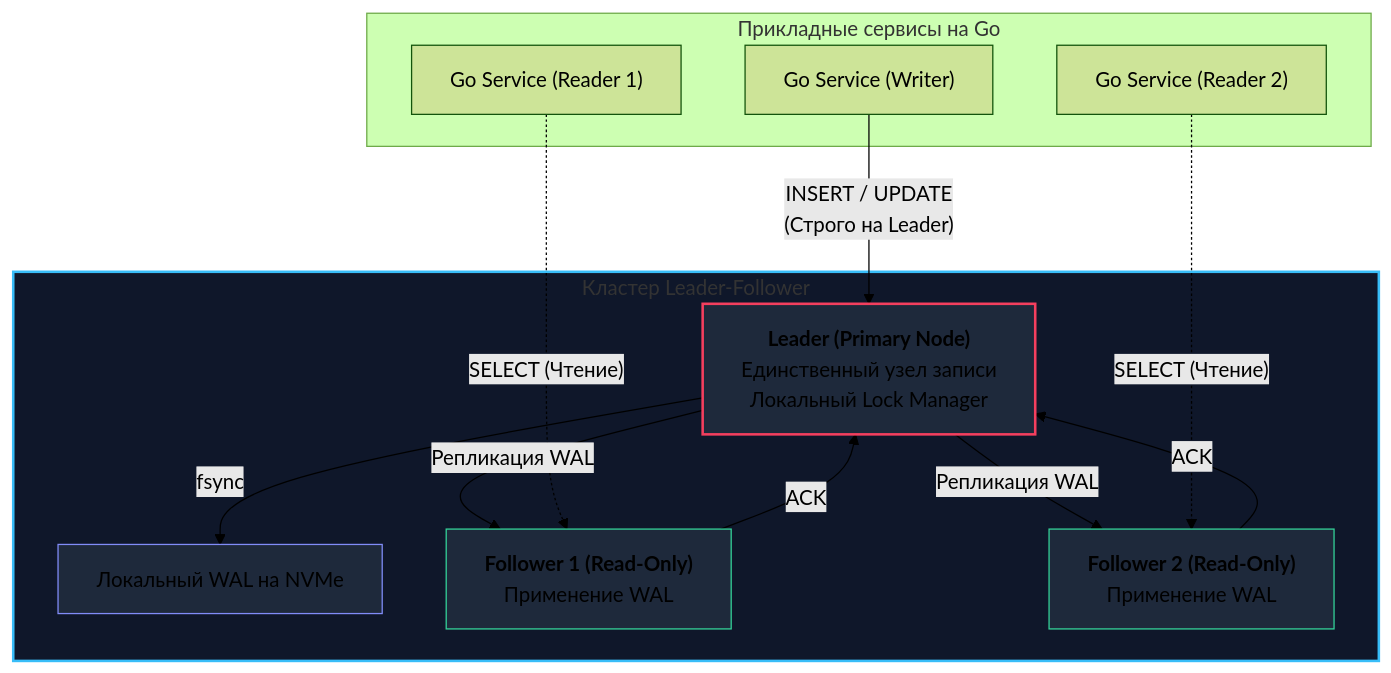
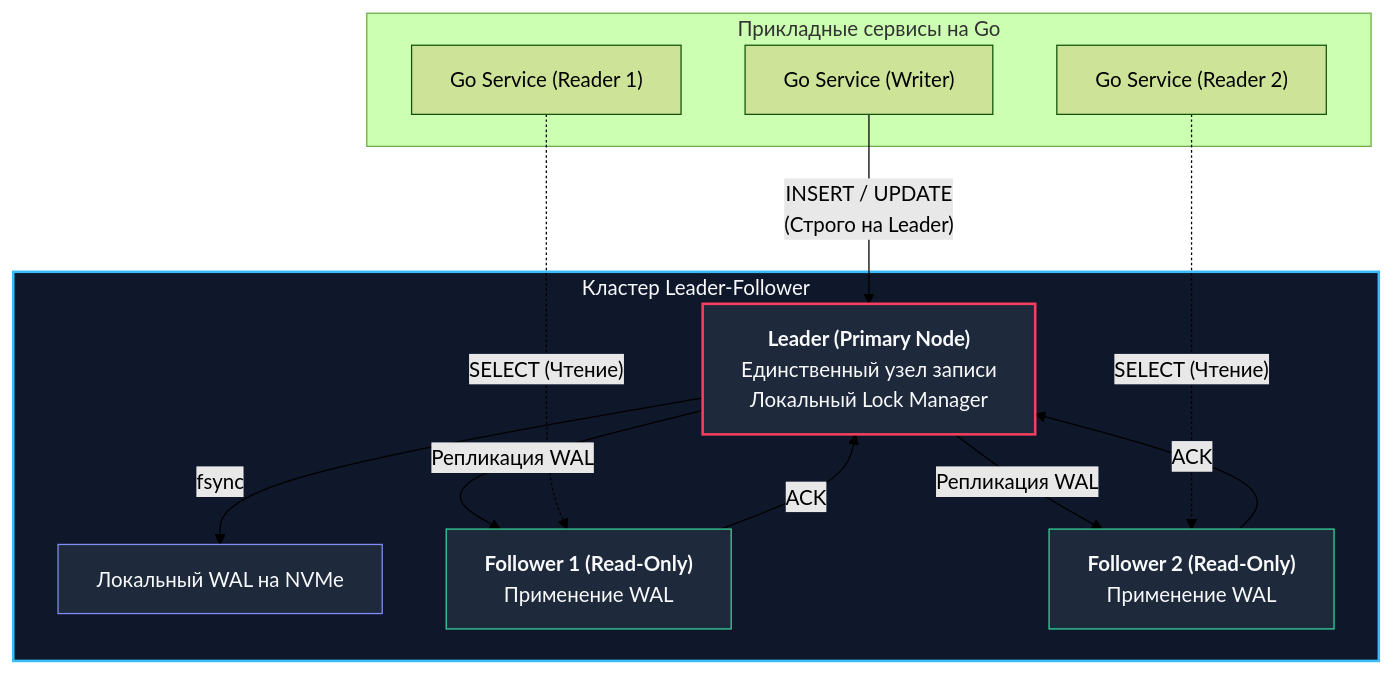
The first of 2 diagrams in sources/12. Базы данных/08. Распределенные базы данных/2. Leader Follower.md (UnrealTemplier/go-textbook), drawn with Mermaid (forest theme) before and after one commit. The commit also changed 310 other files, not shown here.

First line of the commit message:
fix(mermaid): replace light fill colors with dark palette for readability on dark theme

````diff
--- a/sources/12. Базы данных/08. Распределенные базы данных/2. Leader Follower.md
+++ b/sources/12. Базы данных/08. Распределенные базы данных/2. Leader Follower.md
@@ -28,31 +28,31 @@
 ```mermaid
 flowchart TD
     subgraph Clients ["Прикладные сервисы на Go"]
         App1["Go Service (Writer)"]
         App2["Go Service (Reader 1)"]
         App3["Go Service (Reader 2)"]
     end
 
     subgraph Cluster ["Кластер Leader-Follower"]
         L["<b>Leader (Primary Node)</b><br>Единственный узел записи<br>Локальный Lock Manager"]
         WAL["Локальный WAL на NVMe"]
         F1["<b>Follower 1 (Read-Only)</b><br>Применение WAL"]
         F2["<b>Follower 2 (Read-Only)</b><br>Применение WAL"]
     end
 
     App1 -->|"INSERT / UPDATE<br>(Строго на Leader)"| L
     L -->|"fsync"| WAL
     L -->|"Репликация WAL"| F1
     L -->|"Репликация WAL"| F2
     F1 -->|"ACK"| L
     F2 -->|"ACK"| L
 
     App2 -.->|"SELECT (Чтение)"| F1
     App3 -.->|"SELECT (Чтение)"| F2
 
-    style Cluster fill:#0f172a,stroke:#38bdf8,stroke-width:2px
-    style L fill:#1e293b,stroke:#f43f5e,stroke-width:2px
-    style F1 fill:#1e293b,stroke:#34d399,stroke-width:1px
-    style F2 fill:#1e293b,stroke:#34d399,stroke-width:1px
-    style WAL fill:#1e293b,stroke:#818cf8,stroke-width:1px
+    style Cluster fill:#0f172a,stroke:#38bdf8,stroke-width:2px,color:#f8fafc
+    style L fill:#1e293b,stroke:#f43f5e,stroke-width:2px,color:#f8fafc
+    style F1 fill:#1e293b,stroke:#34d399,stroke-width:1px,color:#f8fafc
+    style F2 fill:#1e293b,stroke:#34d399,stroke-width:1px,color:#f8fafc
+    style WAL fill:#1e293b,stroke:#818cf8,stroke-width:1px,color:#f8fafc
 ```
````
